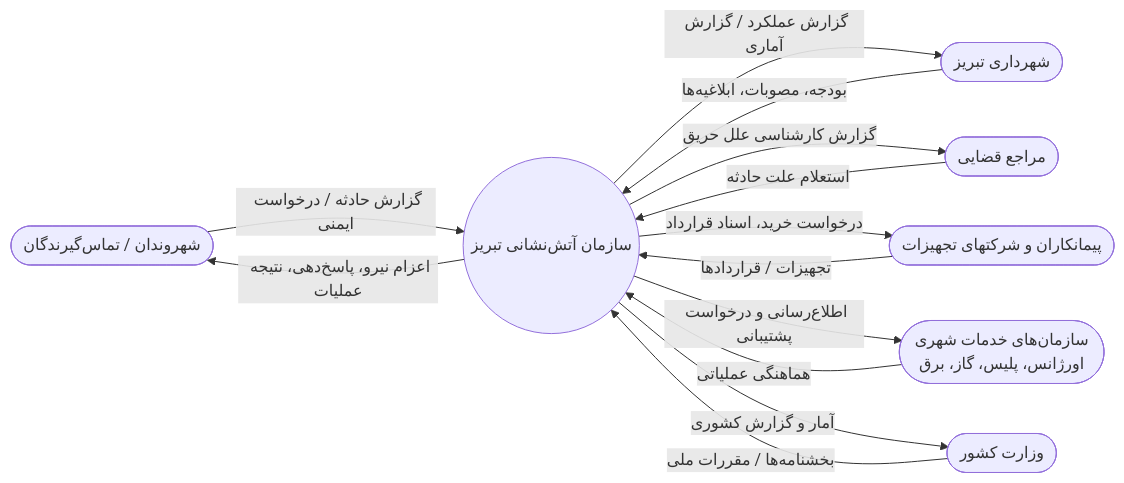
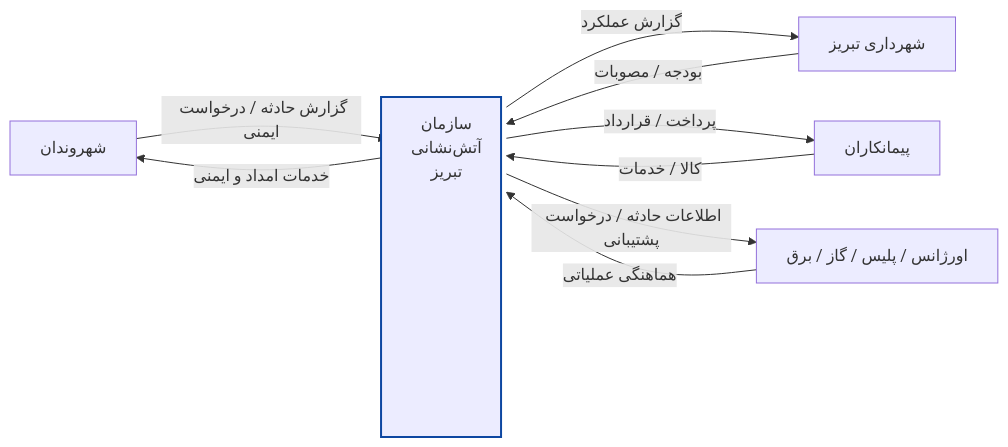
One commit to Mahdi-ak/system-analysis-and-design changed the first of 7 diagrams in README.md. Above: the diagram before and after it, drawn with Mermaid.

Commit message:
use rectangular shape for representing Org in DFD Level 0

````diff
--- a/README.md
+++ b/README.md
@@ -5,32 +5,28 @@
 ```mermaid
-flowchart LR
-    %% External Entities
-    Citizen([شهروندان / تماس‌گیرندگان])
-    Municipality([شهرداری تبریز])
-    Court([مراجع قضایی])
-    Contractors([پیمانکاران و شرکتهای تجهیزات])
-    Services([سازمان‌های خدمات شهری<br>اورژانس، پلیس، گاز، برق])
-    Ministry([وزارت کشور])
-
-    %% Main Process
-    FireDept((سازمان آتش‌نشانی تبریز))
-
-    %% Data Flows
-    Citizen -->|گزارش حادثه / درخواست ایمنی| FireDept
-    FireDept -->|اعزام نیرو، پاسخ‌دهی، نتیجه عملیات| Citizen
-
-    Municipality -->|بودجه، مصوبات، ابلاغیه‌ها| FireDept
-    FireDept -->|گزارش عملکرد / گزارش آماری| Municipality
-
-    Court -->|استعلام علت حادثه| FireDept
-    FireDept -->|گزارش کارشناسی علل حریق| Court
-
-    Contractors -->|تجهیزات / قراردادها| FireDept
-    FireDept -->|درخواست خرید، اسناد قرارداد| Contractors
-
-    Services -->|هماهنگی عملیاتی| FireDept
-    FireDept -->|اطلاع‌رسانی و درخواست پشتیبانی| Services
-
-    Ministry -->|بخشنامه‌ها / مقررات ملی| FireDept
-    FireDept -->|آمار و گزارش کشوری| Ministry
+  flowchart LR
+  
+  %% ===== External Entities =====
+  Citizen[شهروندان]
+  Municipality[شهرداری تبریز]
+  Contractors[پیمانکاران]
+  OtherOrgs[اورژانس / پلیس / گاز / برق]
+  
+  %% ===== Main Process (Vertical & Larger Rectangle) =====
+  FireDept[سازمان<br/>آتش‌نشانی<br/>تبریز]
+  
+  %% ===== Styling: make it vertical & bigger =====
+  style FireDept width:120px,height:340px,stroke:#0D47A1,stroke-width:2px
+  
+  %% ===== Data Flows =====
+  Citizen -->|گزارش حادثه / درخواست ایمنی| FireDept
+  FireDept -->|خدمات امداد و ایمنی| Citizen
+  
+  Municipality -->|بودجه / مصوبات| FireDept
+  FireDept -->|گزارش عملکرد| Municipality
+  
+  Contractors -->|کالا / خدمات| FireDept
+  FireDept -->|پرداخت / قرارداد| Contractors
+  
+  OtherOrgs -->|هماهنگی عملیاتی| FireDept
+  FireDept -->|اطلاعات حادثه / درخواست پشتیبانی| OtherOrgs
 ```
````
